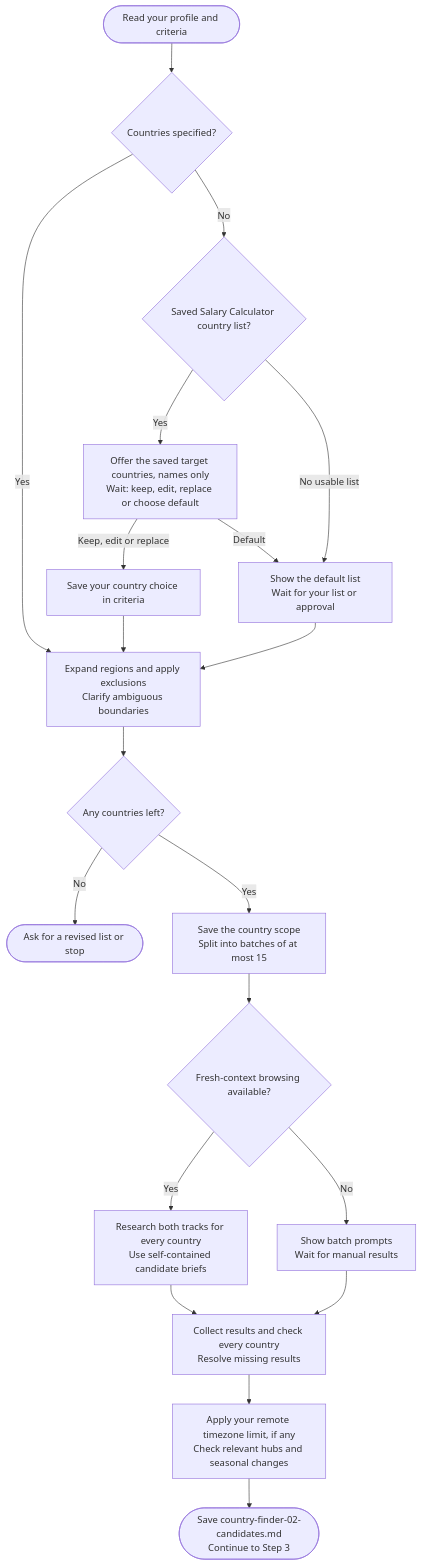
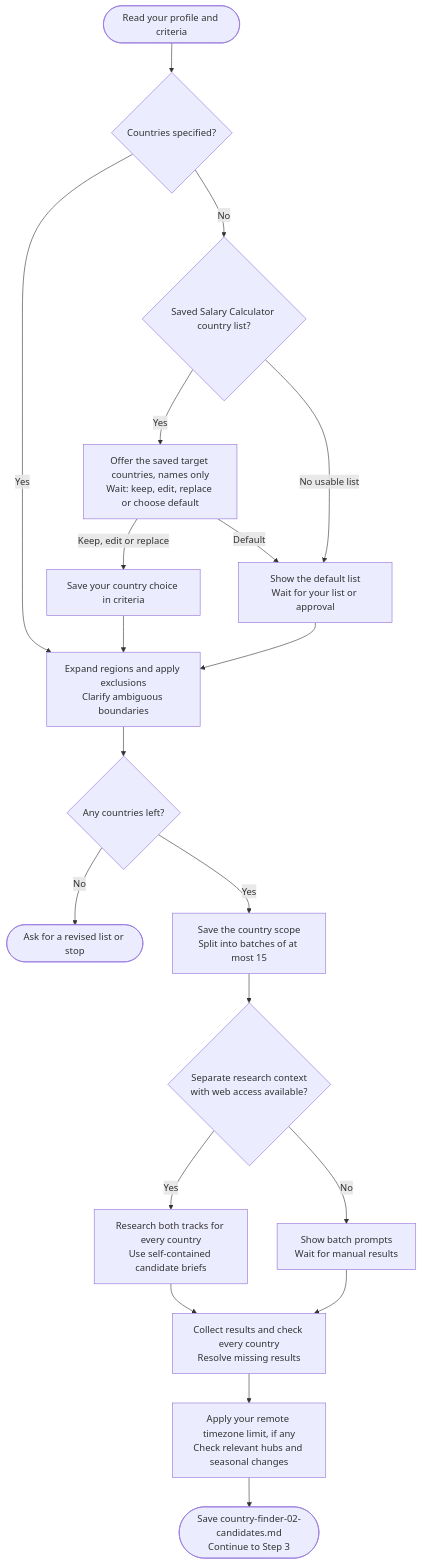
The diagram in docs/commands/country-finder/step2-country-discovery.md (myowinthein/agent-compass), drawn with Mermaid before and after one commit. The commit also changed 11 other files, not shown here.

````diff
--- a/docs/commands/country-finder/step2-country-discovery.md
+++ b/docs/commands/country-finder/step2-country-discovery.md
@@ -14,22 +14,22 @@
 ```mermaid
 flowchart TD
   Start(["Read your profile and criteria"]) --> List{"Countries specified?"}
   List -->|Yes| Scope["Expand regions and apply exclusions<br/>Clarify ambiguous boundaries"]
   List -->|No| Salary{"Saved Salary Calculator country list?"}
   Salary -->|Yes| Offer["Offer the saved target countries, names only<br/>Wait: keep, edit, replace or choose default"]
   Offer -->|Keep, edit or replace| Confirm["Save your country choice in criteria"]
   Confirm --> Scope
   Offer -->|Default| Default["Show the default list<br/>Wait for your list or approval"]
   Salary -->|No usable list| Default
   Default --> Scope
   Scope --> Empty{"Any countries left?"}
   Empty -->|No| Revise(["Ask for a revised list or stop"])
   Empty -->|Yes| Batch["Save the country scope<br/>Split into batches of at most 15"]
-  Batch --> Cap{"Fresh-context browsing available?"}
+  Batch --> Cap{"Separate research context<br/>with web access available?"}
   Cap -->|Yes| Research["Research both tracks for every country<br/>Use self-contained candidate briefs"]
   Cap -->|No| Manual["Show batch prompts<br/>Wait for manual results"]
   Research --> Coverage["Collect results and check every country<br/>Resolve missing results"]
   Manual --> Coverage
   Coverage --> TZ["Apply your remote timezone limit, if any<br/>Check relevant hubs and seasonal changes"]
   TZ --> Save(["Save country-finder-02-candidates.md<br/>Continue to Step 3"])
 ```
````
